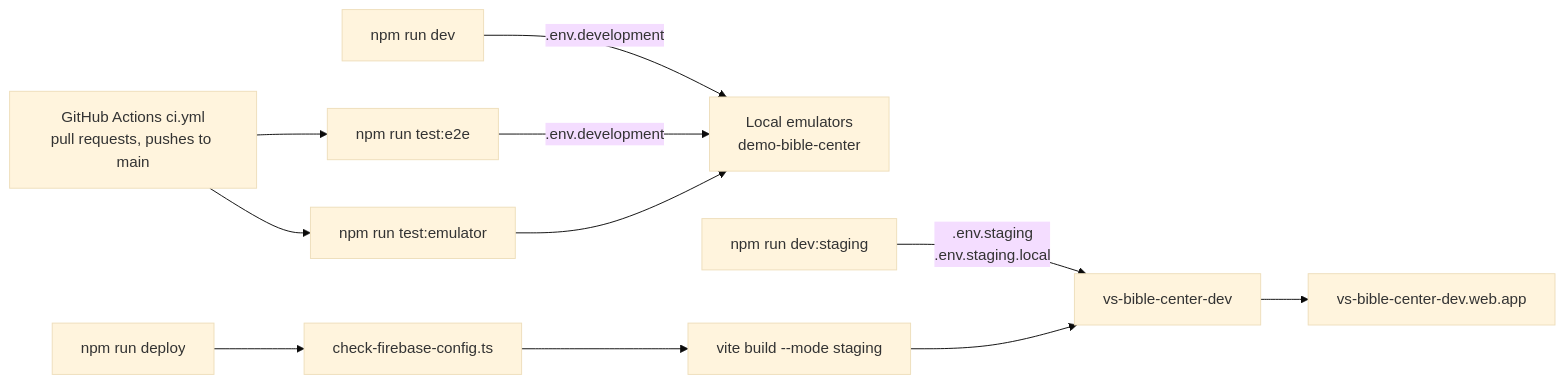
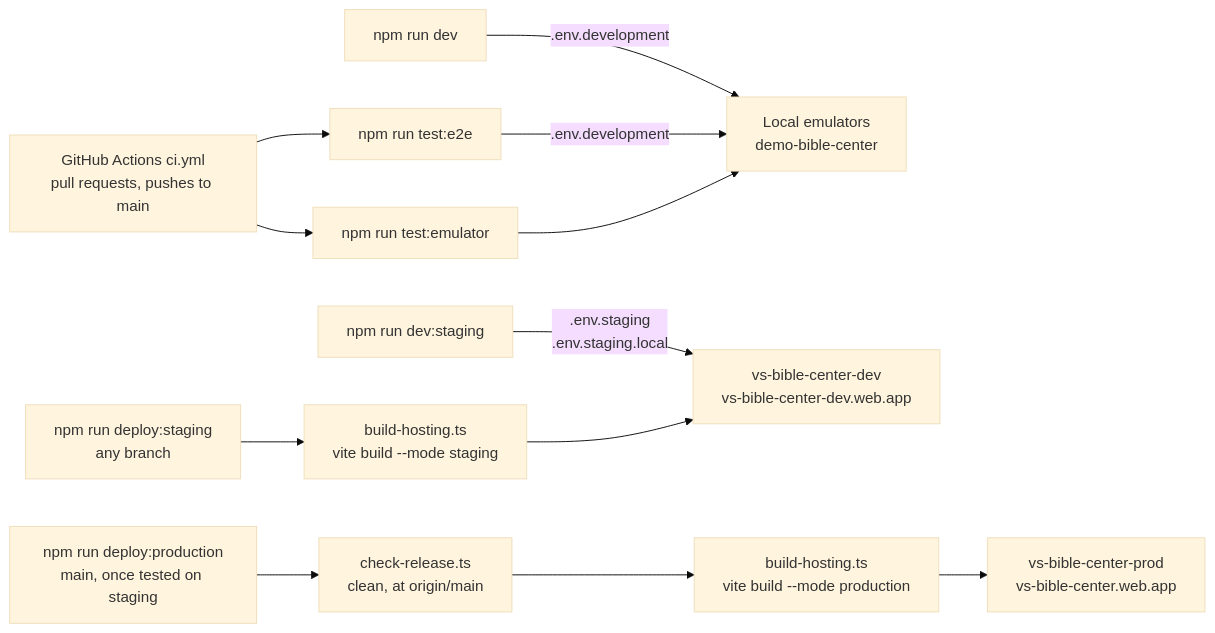
One commit to Valiance-Studios/bible-center changed diagram 25 of 25 in ARCHITECTURE.md. Above: the diagram before and after it, drawn with Mermaid (base theme). The commit also changed other lines of this file and 20 other files, not shown here.

First line of the commit message:
Set up the production environment, deployed only from main (#37)

````diff
--- a/ARCHITECTURE.md
+++ b/ARCHITECTURE.md
@@ -876,13 +878,14 @@
 ```mermaid
 flowchart LR
   dev["npm run dev"] -- ".env.development" --> emulators["Local emulators<br/>demo-bible-center"]
   e2e["npm run test:e2e"] -- ".env.development" --> emulators
   rules["npm run test:emulator"] --> emulators
   ci["GitHub Actions ci.yml<br/>pull requests, pushes to main"] --> e2e
   ci --> rules
-  staging["npm run dev:staging"] -- ".env.staging<br/>.env.staging.local" --> project["vs-bible-center-dev"]
-  deploy["npm run deploy"] --> check["check-firebase-config.ts"]
-  check --> build["vite build --mode staging"]
-  build --> project
-  project --> site["vs-bible-center-dev.web.app"]
+  devStaging["npm run dev:staging"] -- ".env.staging<br/>.env.staging.local" --> staging["vs-bible-center-dev<br/>vs-bible-center-dev.web.app"]
+  deployStaging["npm run deploy:staging<br/>any branch"] --> buildStaging["build-hosting.ts<br/>vite build --mode staging"]
+  buildStaging --> staging
+  deployProd["npm run deploy:production<br/>main, once tested on staging"] --> release["check-release.ts<br/>clean, at origin/main"]
+  release --> buildProd["build-hosting.ts<br/>vite build --mode production"]
+  buildProd --> production["vs-bible-center-prod<br/>vs-bible-center.web.app"]
 ```
````
